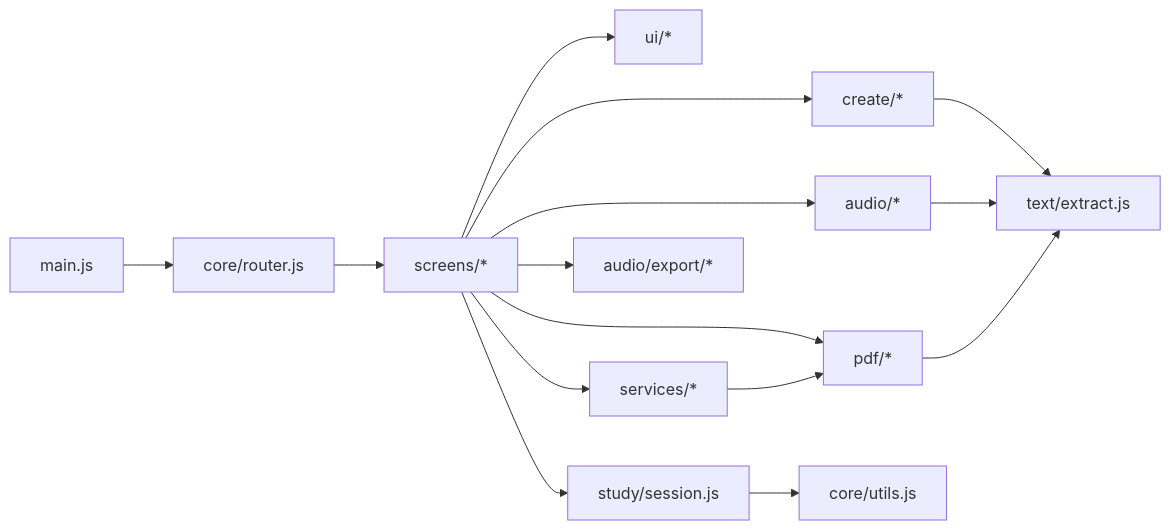
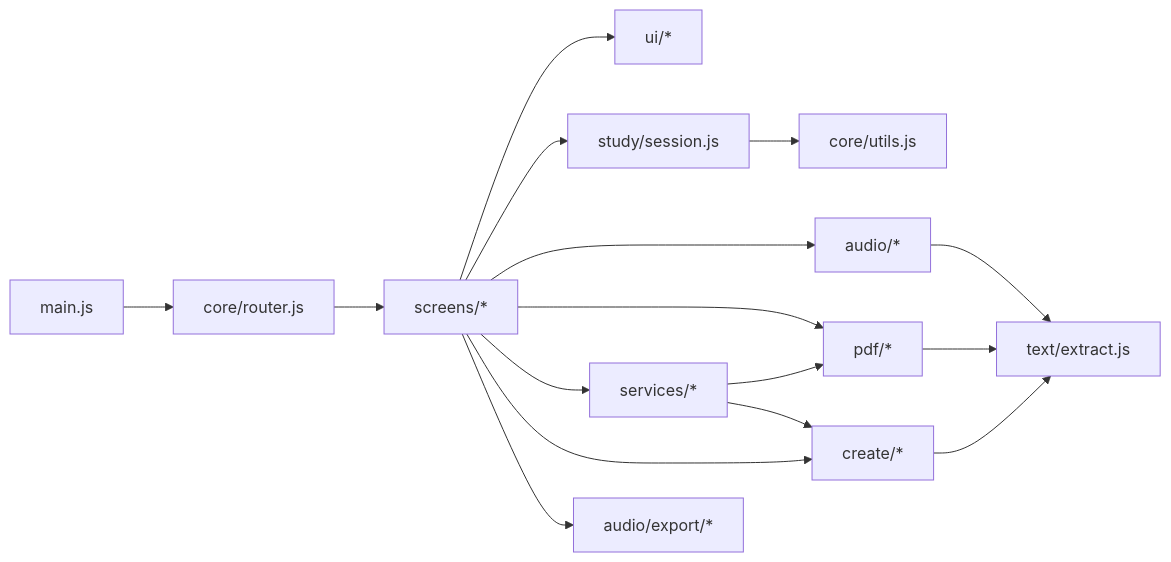
Before and after one commit to Joshpcbrrj/projeto-palavras: the diagram in docs/ARQUITETURA.md, drawn with Mermaid. The commit also changed other lines of this file and 27 other files, not shown here.

````diff
--- a/docs/ARQUITETURA.md
+++ b/docs/ARQUITETURA.md
@@ -14,17 +14,18 @@
 ```mermaid
 flowchart LR
   main[main.js] --> router[core/router.js]
   router --> screens[screens/*]
   screens --> ui[ui/*]
   screens --> study[study/session.js]
   screens --> audio[audio/*]
   screens --> pdf[pdf/*]
   screens --> services[services/*]
   screens --> create[create/*]
   create --> text
   screens --> export[audio/export/*]
   study --> utils[core/utils.js]
   audio --> text[text/extract.js]
   pdf --> text
   services --> pdf
+  services --> create
 ```
````
